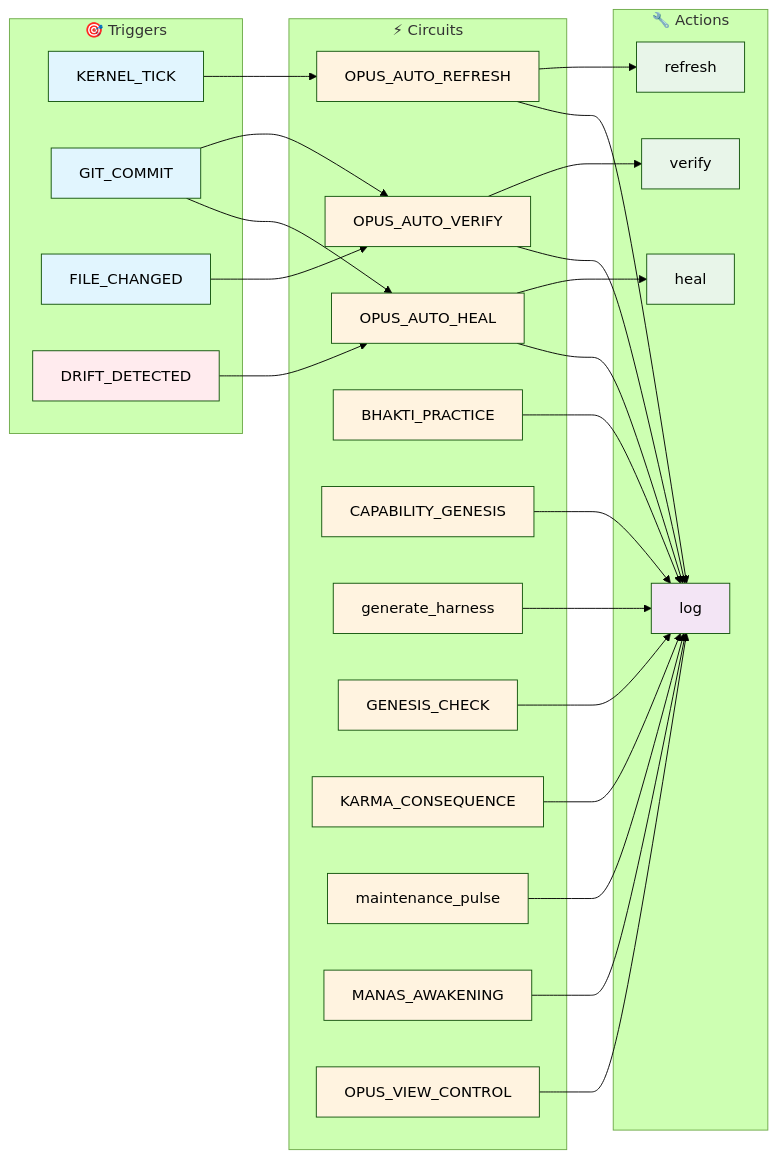
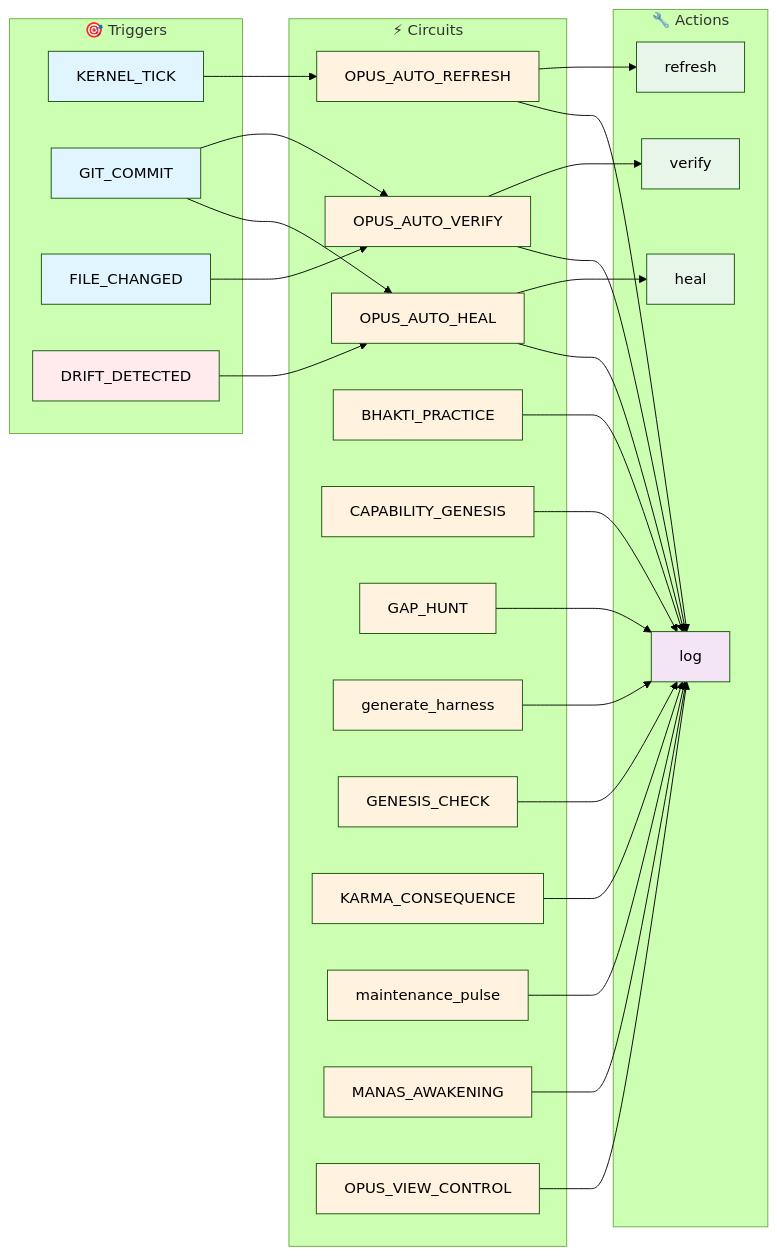
One commit to kimeisele/steward-protocol changed the first of 2 diagrams in OPUS.md. Above: the diagram before and after it, drawn with Mermaid (forest theme). The commit also changed other lines of this file and 14 other files, not shown here.

````diff
--- a/OPUS.md
+++ b/OPUS.md
@@ -200,71 +202,74 @@
 ```mermaid
 flowchart LR
     subgraph Events["🎯 Triggers"]
         E1[KERNEL_TICK]
         E2[GIT_COMMIT]
         E3[FILE_CHANGED]
         E4[DRIFT_DETECTED]
     end
 
     subgraph Circuits["⚡ Circuits"]
         C1[OPUS_AUTO_HEAL]
         C2[OPUS_AUTO_REFRESH]
         C3[OPUS_AUTO_VERIFY]
         C4[BHAKTI_PRACTICE]
         C5[CAPABILITY_GENESIS]
-        C6[generate_harness]
-        C7[GENESIS_CHECK]
-        C8[KARMA_CONSEQUENCE]
-        C9[maintenance_pulse]
-        C10[MANAS_AWAKENING]
-        C11[OPUS_VIEW_CONTROL]
+        C6[GAP_HUNT]
+        C7[generate_harness]
+        C8[GENESIS_CHECK]
+        C9[KARMA_CONSEQUENCE]
+        C10[maintenance_pulse]
+        C11[MANAS_AWAKENING]
+        C12[OPUS_VIEW_CONTROL]
     end
 
     subgraph Actions["🔧 Actions"]
         A1[verify]
         A2[refresh]
         A3[heal]
         A4[log]
     end
 
     E1 --> C2
     E2 --> C1
     E2 --> C3
     E3 --> C3
     E4 --> C1
 
     C1 --> A4
     C2 --> A4
     C3 --> A4
     C4 --> A4
     C5 --> A4
     C6 --> A4
     C7 --> A4
     C8 --> A4
     C9 --> A4
     C10 --> A4
     C11 --> A4
+    C12 --> A4
     C1 --> A3
     C2 --> A2
     C3 --> A1
 
     style E1 fill:#e1f5fe
     style E2 fill:#e1f5fe
     style E3 fill:#e1f5fe
     style E4 fill:#ffebee
     style C1 fill:#fff3e0
     style C2 fill:#fff3e0
     style C3 fill:#fff3e0
     style C4 fill:#fff3e0
     style C5 fill:#fff3e0
     style C6 fill:#fff3e0
     style C7 fill:#fff3e0
     style C8 fill:#fff3e0
     style C9 fill:#fff3e0
     style C10 fill:#fff3e0
     style C11 fill:#fff3e0
+    style C12 fill:#fff3e0
     style A1 fill:#e8f5e9
     style A2 fill:#e8f5e9
     style A3 fill:#e8f5e9
     style A4 fill:#f3e5f5
 ```
````
